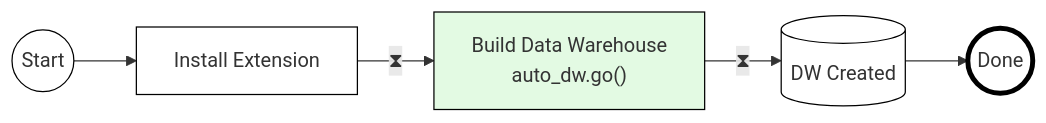
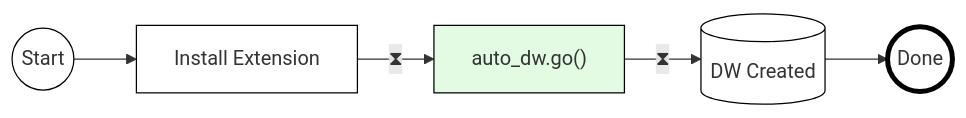
The diagram in src/content/blog/2024-05-13-auto-dw/index.mdx (tembo-io/website), drawn with Mermaid before and after one commit. The commit also changed other lines of this file, not shown here.

````diff
--- a/src/content/blog/2024-05-13-auto-dw/index.mdx
+++ b/src/content/blog/2024-05-13-auto-dw/index.mdx
@@ -59,12 +44,12 @@
 ```mermaid
 flowchart LR
     Start(("Start")) --> ext["Install Extension"]
-    ext -- #10711; --> build["Build Data Warehouse\nauto_dw.go()"]
+    ext -- #10711; --> build["auto_dw.go()"]
     build -- #10711; --> DW[("DW Created")]
     DW --> Done(("Done"))
     style Start stroke-width:1px,fill:#FFFFFF,stroke:#000000
     style ext color:none,fill:#FFFFFF,stroke:#000000
     style build fill:#e3fae3,stroke:#000000
     style DW fill:#FFFFFF,stroke:#000000
     style Done stroke-width:4px,fill:#FFFFFF,stroke:#000000
 ```
````
